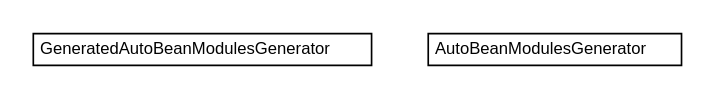
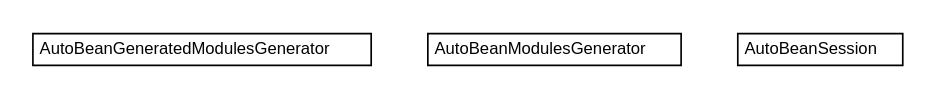
One commit to reinert/requestor changed the diagram in 0.3.0-SNAPSHOT/javadoc/apidocs/io/reinert/requestor/autobean/io.reinert.requestor.autobean.dot. Above: the diagram before and after it, drawn with Graphviz. The commit also changed 1343 other files, not shown here.

```diff
--- a/0.3.0-SNAPSHOT/javadoc/apidocs/io/reinert/requestor/autobean/io.reinert.requestor.autobean.dot
+++ b/0.3.0-SNAPSHOT/javadoc/apidocs/io/reinert/requestor/autobean/io.reinert.requestor.autobean.dot
@@ -1,24 +1,30 @@
 #!/usr/local/bin/dot
 #
 # Class diagram 
 # Generated by UMLGraph version R5_6-24-gf6e263 (http://www.umlgraph.org/)
 #
 
 digraph G {
 	edge [fontname="Helvetica",fontsize=10,labelfontname="Helvetica",labelfontsize=10];
 	node [fontname="Helvetica",fontsize=10,shape=plaintext];
 	nodesep=0.25;
 	ranksep=0.5;
-	// io.reinert.requestor.autobean.GeneratedAutoBeanModulesGenerator
-	c2578 [label=<<table title="io.reinert.requestor.autobean.GeneratedAutoBeanModulesGenerator" border="0" cellborder="1" cellspacing="0" cellpadding="2" port="p" href="./GeneratedAutoBeanModulesGenerator.html">
+	// io.reinert.requestor.autobean.AutoBeanGeneratedModulesGenerator
+	c4185 [label=<<table title="io.reinert.requestor.autobean.AutoBeanGeneratedModulesGenerator" border="0" cellborder="1" cellspacing="0" cellpadding="2" port="p" href="./AutoBeanGeneratedModulesGenerator.html">
 		<tr><td><table border="0" cellspacing="0" cellpadding="1">
-<tr><td align="center" balign="center"> GeneratedAutoBeanModulesGenerator </td></tr>
+<tr><td align="center" balign="center"> AutoBeanGeneratedModulesGenerator </td></tr>
 		</table></td></tr>
-		</table>>, URL="./GeneratedAutoBeanModulesGenerator.html", fontname="Helvetica", fontcolor="black", fontsize=10.0];
+		</table>>, URL="./AutoBeanGeneratedModulesGenerator.html", fontname="Helvetica", fontcolor="black", fontsize=10.0];
 	// io.reinert.requestor.autobean.AutoBeanModulesGenerator
-	c2579 [label=<<table title="io.reinert.requestor.autobean.AutoBeanModulesGenerator" border="0" cellborder="1" cellspacing="0" cellpadding="2" port="p" href="./AutoBeanModulesGenerator.html">
+	c4186 [label=<<table title="io.reinert.requestor.autobean.AutoBeanModulesGenerator" border="0" cellborder="1" cellspacing="0" cellpadding="2" port="p" href="./AutoBeanModulesGenerator.html">
 		<tr><td><table border="0" cellspacing="0" cellpadding="1">
 <tr><td align="center" balign="center"> AutoBeanModulesGenerator </td></tr>
 		</table></td></tr>
 		</table>>, URL="./AutoBeanModulesGenerator.html", fontname="Helvetica", fontcolor="black", fontsize=10.0];
+	// io.reinert.requestor.autobean.AutoBeanSession
+	c4187 [label=<<table title="io.reinert.requestor.autobean.AutoBeanSession" border="0" cellborder="1" cellspacing="0" cellpadding="2" port="p" href="./AutoBeanSession.html">
+		<tr><td><table border="0" cellspacing="0" cellpadding="1">
+<tr><td align="center" balign="center"> AutoBeanSession </td></tr>
+		</table></td></tr>
+		</table>>, URL="./AutoBeanSession.html", fontname="Helvetica", fontcolor="black", fontsize=10.0];
 }
```
